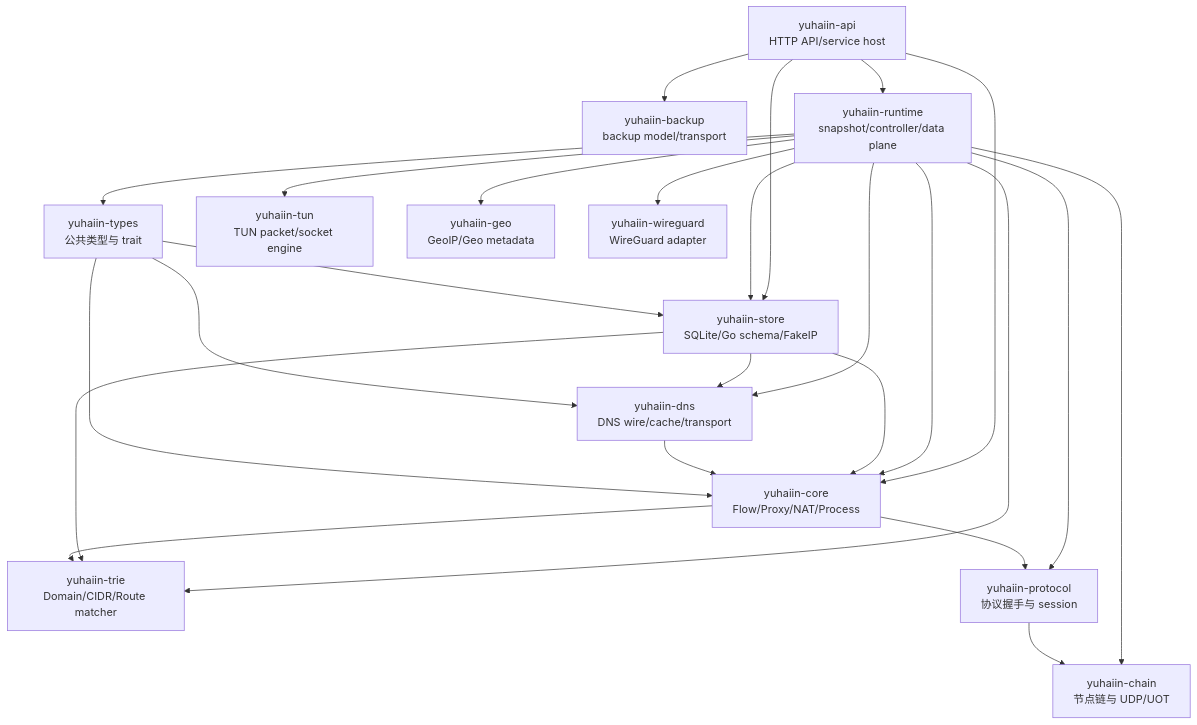
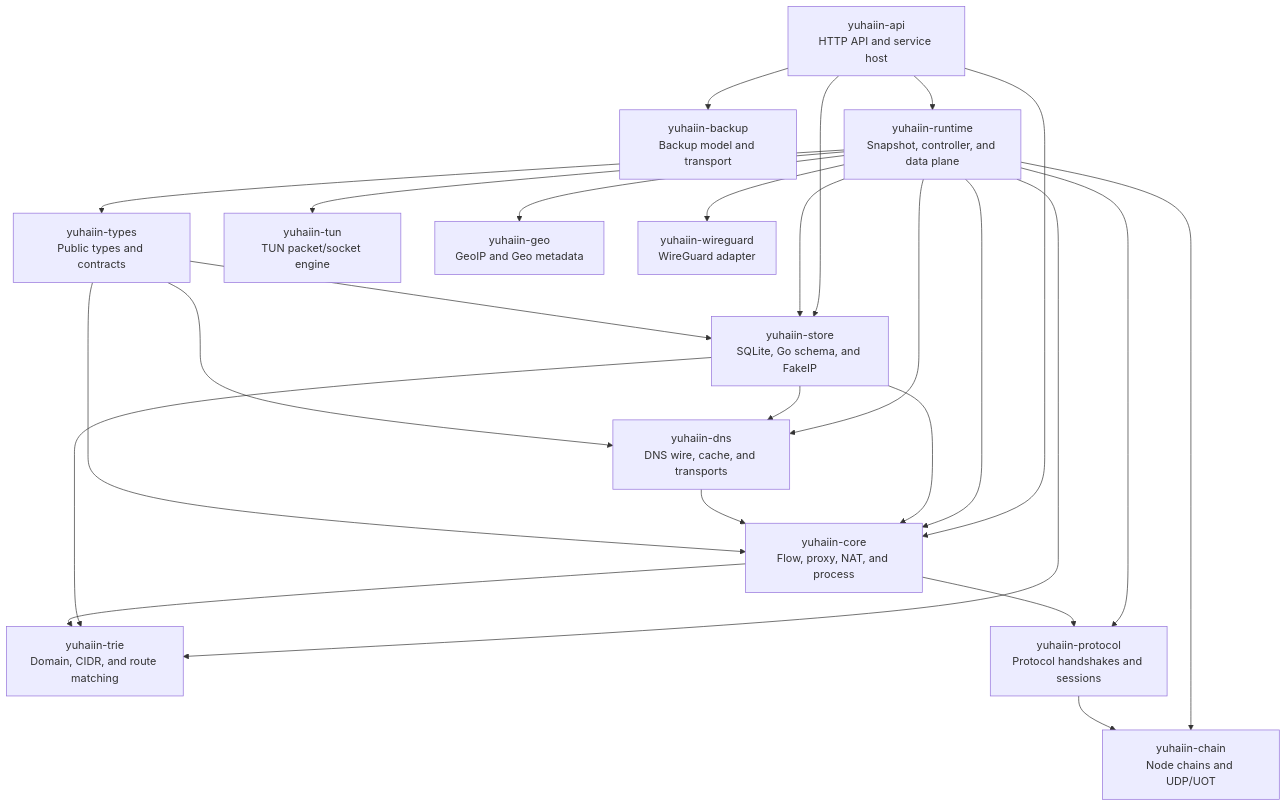
The first of 11 diagrams in docs/ARCHITECTURE.md (yuhaiin/doradus), drawn with Mermaid before and after one commit. The commit also changed other lines of this file and 9 other files, not shown here.

````diff
--- a/docs/ARCHITECTURE.md
+++ b/docs/ARCHITECTURE.md
@@ -33,41 +39,41 @@
-```mermaid
+~~~mermaid
 graph TD
-    TYPES[yuhaiin-types<br/>公共类型与 trait]
-    DNS[yuhaiin-dns<br/>DNS wire/cache/transport]
-    CORE[yuhaiin-core<br/>Flow/Proxy/NAT/Process]
-    TRIE[yuhaiin-trie<br/>Domain/CIDR/Route matcher]
-    PROTOCOL[yuhaiin-protocol<br/>协议握手与 session]
-    CHAIN[yuhaiin-chain<br/>节点链与 UDP/UOT]
-    STORE[yuhaiin-store<br/>SQLite/Go schema/FakeIP]
+    TYPES[yuhaiin-types<br/>Public types and contracts]
+    DNS[yuhaiin-dns<br/>DNS wire, cache, and transports]
+    CORE[yuhaiin-core<br/>Flow, proxy, NAT, and process]
+    TRIE[yuhaiin-trie<br/>Domain, CIDR, and route matching]
+    PROTOCOL[yuhaiin-protocol<br/>Protocol handshakes and sessions]
+    CHAIN[yuhaiin-chain<br/>Node chains and UDP/UOT]
+    STORE[yuhaiin-store<br/>SQLite, Go schema, and FakeIP]
     TUN[yuhaiin-tun<br/>TUN packet/socket engine]
-    GEO[yuhaiin-geo<br/>GeoIP/Geo metadata]
+    GEO[yuhaiin-geo<br/>GeoIP and Geo metadata]
     WG[yuhaiin-wireguard<br/>WireGuard adapter]
-    BACKUP[yuhaiin-backup<br/>backup model/transport]
-    RUNTIME[yuhaiin-runtime<br/>snapshot/controller/data plane]
-    API[yuhaiin-api<br/>HTTP API/service host]
+    BACKUP[yuhaiin-backup<br/>Backup model and transport]
+    RUNTIME[yuhaiin-runtime<br/>Snapshot, controller, and data plane]
+    API[yuhaiin-api<br/>HTTP API and service host]
 
     TYPES --> DNS
     TYPES --> CORE
     TYPES --> STORE
     DNS --> CORE
     CORE --> TRIE
     CORE --> PROTOCOL
     PROTOCOL --> CHAIN
     STORE --> DNS
     STORE --> CORE
     STORE --> TRIE
     RUNTIME --> TYPES
     RUNTIME --> DNS
     RUNTIME --> CORE
     RUNTIME --> TRIE
     RUNTIME --> PROTOCOL
     RUNTIME --> CHAIN
     RUNTIME --> STORE
     RUNTIME --> TUN
     RUNTIME --> GEO
     RUNTIME --> WG
     API --> RUNTIME
     API --> STORE
     API --> CORE
     API --> BACKUP
-```
+~~~
````
